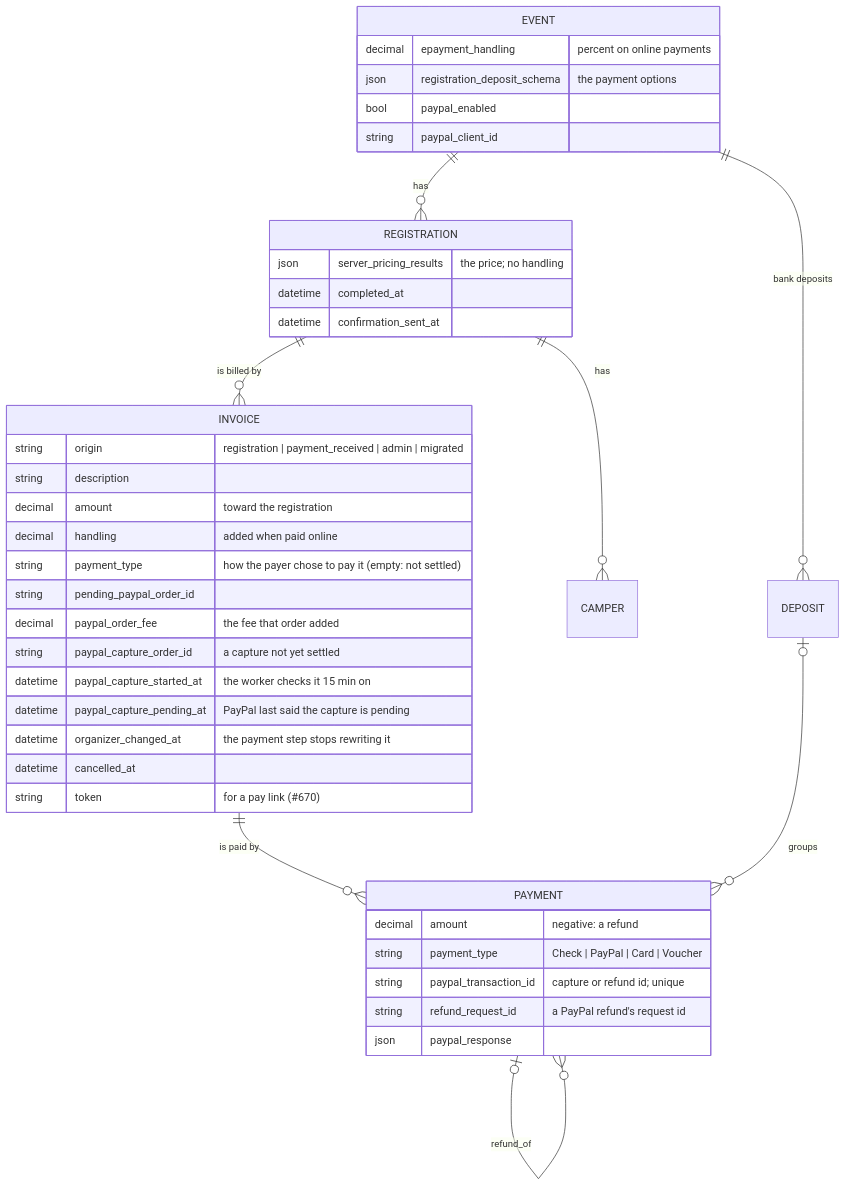
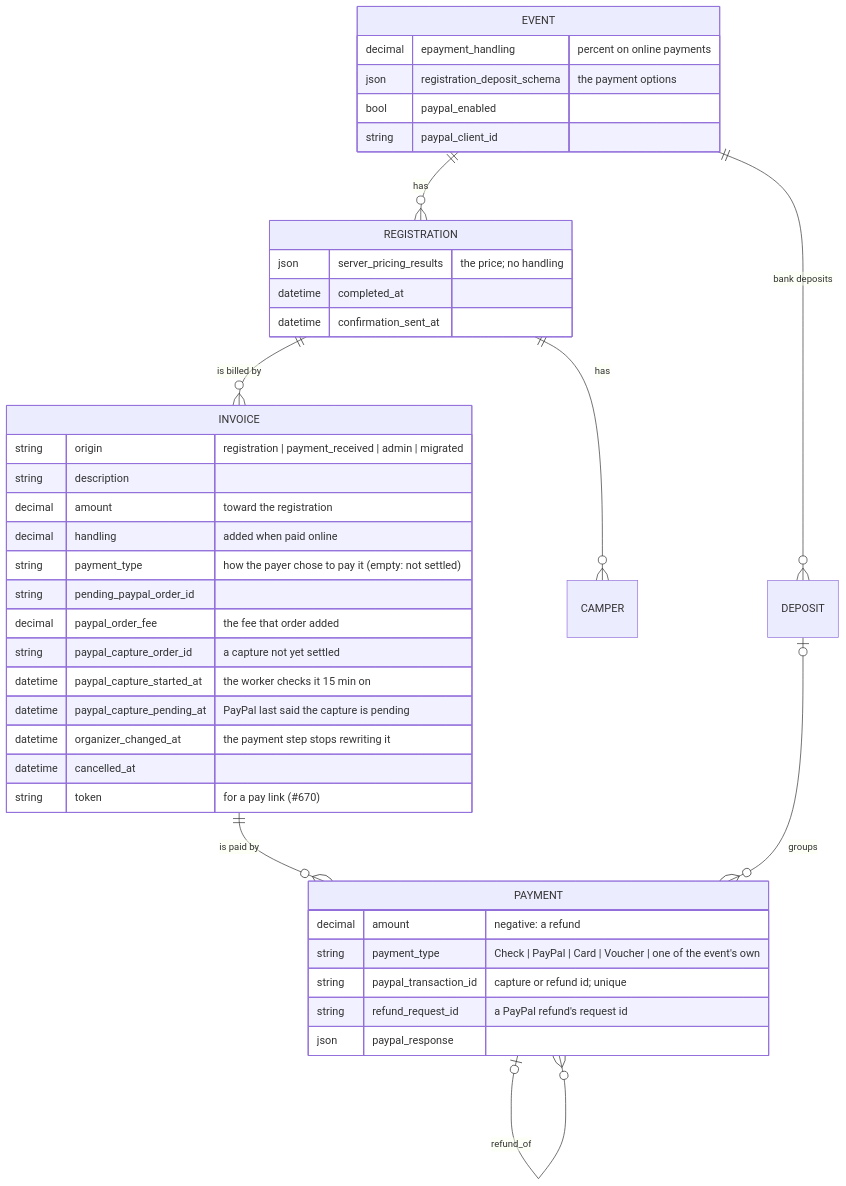
One commit to camphoric/camphoric changed the first of 12 diagrams in doc/payments.md. Above: the diagram before and after it, drawn with Mermaid. The commit also changed other lines of this file and 28 other files, not shown here.

````diff
--- a/doc/payments.md
+++ b/doc/payments.md
@@ -46,43 +50,43 @@
 ```mermaid
 erDiagram
     EVENT ||--o{ REGISTRATION : has
     EVENT ||--o{ DEPOSIT : "bank deposits"
     REGISTRATION ||--o{ CAMPER : has
     REGISTRATION ||--o{ INVOICE : "is billed by"
     INVOICE ||--o{ PAYMENT : "is paid by"
     PAYMENT |o--o{ PAYMENT : "refund_of"
     DEPOSIT |o--o{ PAYMENT : groups
     EVENT {
         decimal epayment_handling "percent on online payments"
         json registration_deposit_schema "the payment options"
         bool paypal_enabled
         string paypal_client_id
     }
     REGISTRATION {
         json server_pricing_results "the price; no handling"
         datetime completed_at
         datetime confirmation_sent_at
     }
     INVOICE {
         string origin "registration | payment_received | admin | migrated"
         string description
         decimal amount "toward the registration"
         decimal handling "added when paid online"
         string payment_type "how the payer chose to pay it (empty: not settled)"
         string pending_paypal_order_id
         decimal paypal_order_fee "the fee that order added"
         string paypal_capture_order_id "a capture not yet settled"
         datetime paypal_capture_started_at "the worker checks it 15 min on"
         datetime paypal_capture_pending_at "PayPal last said the capture is pending"
         datetime organizer_changed_at "the payment step stops rewriting it"
         datetime cancelled_at
         string token "for a pay link (#670)"
     }
     PAYMENT {
         decimal amount "negative: a refund"
-        string payment_type "Check | PayPal | Card | Voucher"
+        string payment_type "Check | PayPal | Card | Voucher | one of the event's own"
         string paypal_transaction_id "capture or refund id; unique"
         string refund_request_id "a PayPal refund's request id"
         json paypal_response
     }
 ```
````
